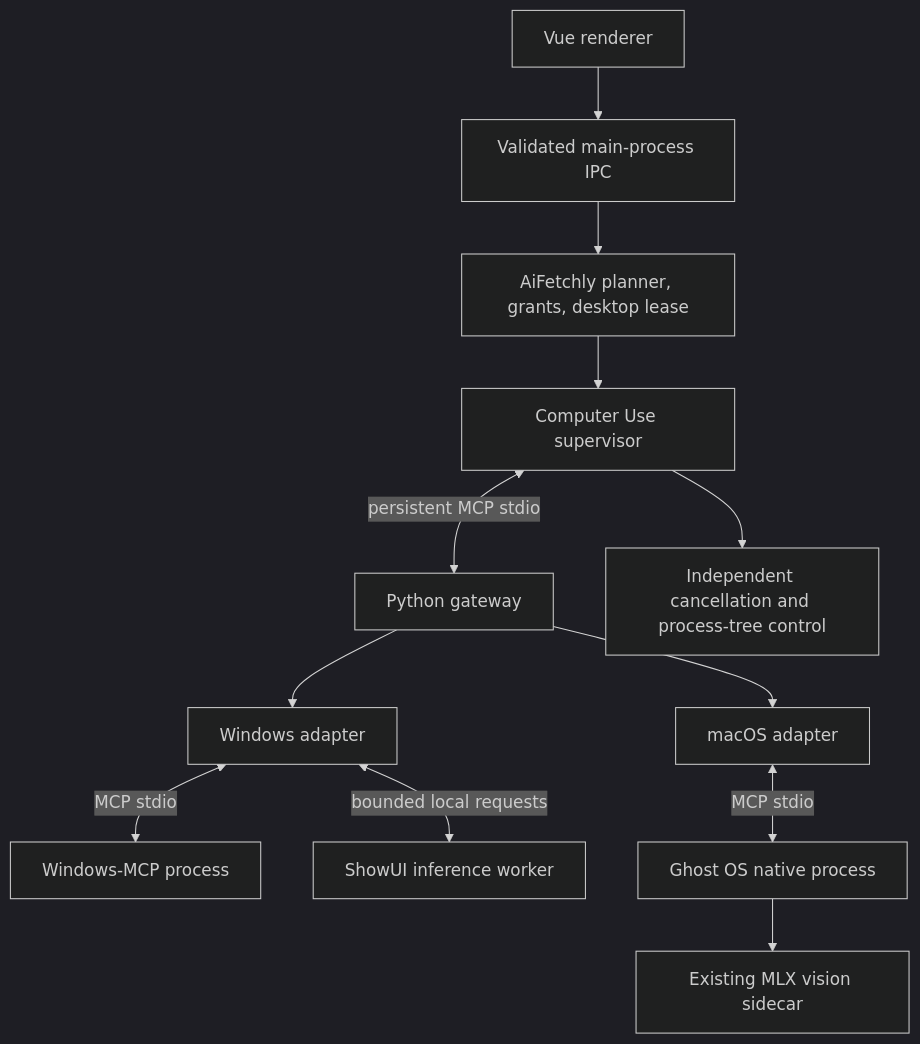
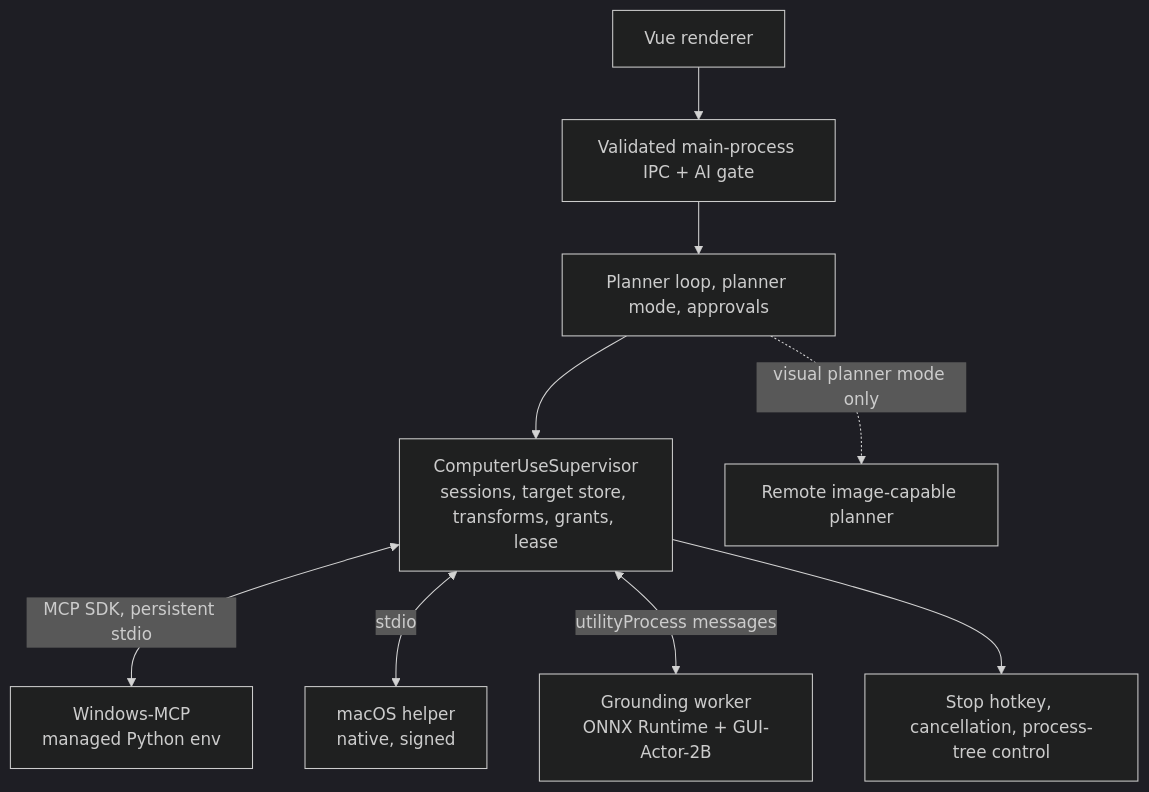
One commit to robertzengcn/aiFetchly changed the diagram in docs/prd/computer-use-plugin-technical-design.md. Above: the diagram before and after it, drawn with Mermaid (dark theme). The commit also changed other lines of this file and 1 other file, not shown here.

First line of the commit message:
docs: revise computer use PRD and design after feasibility review

````diff
--- a/docs/prd/computer-use-plugin-technical-design.md
+++ b/docs/prd/computer-use-plugin-technical-design.md
@@ -119,14 +137,11 @@
 ```mermaid
 flowchart TD
-    R[Vue renderer] --> I[Validated main-process IPC]
-    I --> H[AiFetchly planner, grants, desktop lease]
-    H --> S[Computer Use supervisor]
-    S <-->|persistent MCP stdio| P[Python gateway]
-    P --> W[Windows adapter]
-    W <-->|MCP stdio| WM[Windows-MCP process]
-    W <-->|bounded local requests| V[ShowUI inference worker]
-    P --> M[macOS adapter]
-    M <-->|MCP stdio| G[Ghost OS native process]
-    G --> GV[Existing MLX vision sidecar]
-    S --> STOP[Independent cancellation and process-tree control]
+    R[Vue renderer] --> I[Validated main-process IPC + AI gate]
+    I --> H[Planner loop, planner mode, approvals]
+    H --> S[ComputerUseSupervisor<br/>sessions, target store, transforms, grants, lease]
+    S <-->|MCP SDK, persistent stdio| WM[Windows-MCP<br/>managed Python env]
+    S <-->|stdio| MH[macOS helper<br/>native, signed]
+    S <-->|utilityProcess messages| GW[Grounding worker<br/>ONNX Runtime + GUI-Actor-2B]
+    S --> STOP[Stop hotkey, cancellation, process-tree control]
+    H -. visual planner mode only .-> P[Remote image-capable planner]
 ```
````
